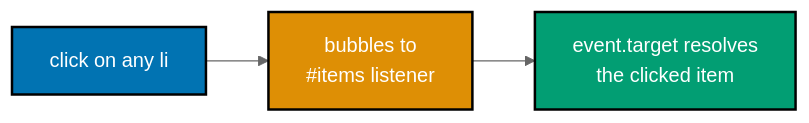
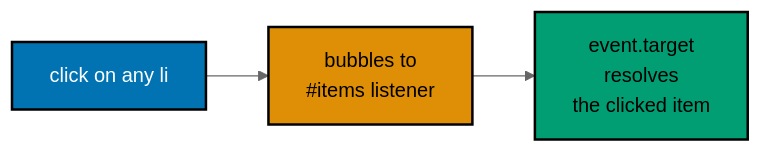
The seventh of 14 diagrams in apps/ayokoding-www/content/en/learn/courses/frontend-essentials/learning/intermediate.md (wahidyankf/ose-public), drawn with Mermaid (neutral theme) before and after one commit. The commit also changed other lines of this file and 144 other files, not shown here.

First line of the commit message:
fix(mermaid): bring the first half of the courses diagrams onto the accessible palette

````diff
--- a/apps/ayokoding-www/content/en/learn/courses/frontend-essentials/learning/intermediate.md
+++ b/apps/ayokoding-www/content/en/learn/courses/frontend-essentials/learning/intermediate.md
@@ -688,9 +706,12 @@
 ```mermaid
 %% Color Palette: Blue #0173B2, Orange #DE8F05, Teal #029E73
 flowchart LR
-    A["click on any li"]:::blue --> B["bubbles to<br/>#items listener"]:::orange --> C["event.target resolves<br/>the clicked item"]:::teal
+    accTitle: Example 37: Event Delegation List
+    accDescr: Flowchart with 3 nodes and 2 connections. Nodes: click on any li, bubbles to items listener, event.target resolves the clicked item. Connections: click on any li to bubbles to items listener, bubbles to items listener to event.target resolves the clicked item.
+    A["click on any li"]:::blue --> B["bubbles to<br/>#items listener"]:::orange --> C["event.target<br/>resolves<br/>the clicked item"]:::teal
 
     classDef blue fill:#0173B2,stroke:#000000,color:#FFFFFF,stroke-width:2px
-    classDef orange fill:#DE8F05,stroke:#000000,color:#FFFFFF,stroke-width:2px
-    classDef teal fill:#029E73,stroke:#000000,color:#FFFFFF,stroke-width:2px
+    classDef orange fill:#DE8F05,stroke:#000000,color:#000000,stroke-width:2px
+    classDef teal fill:#029E73,stroke:#000000,color:#000000,stroke-width:2px
+    classDef default fill:#FFFFFF,stroke:#000000,color:#000000
 ```
````
